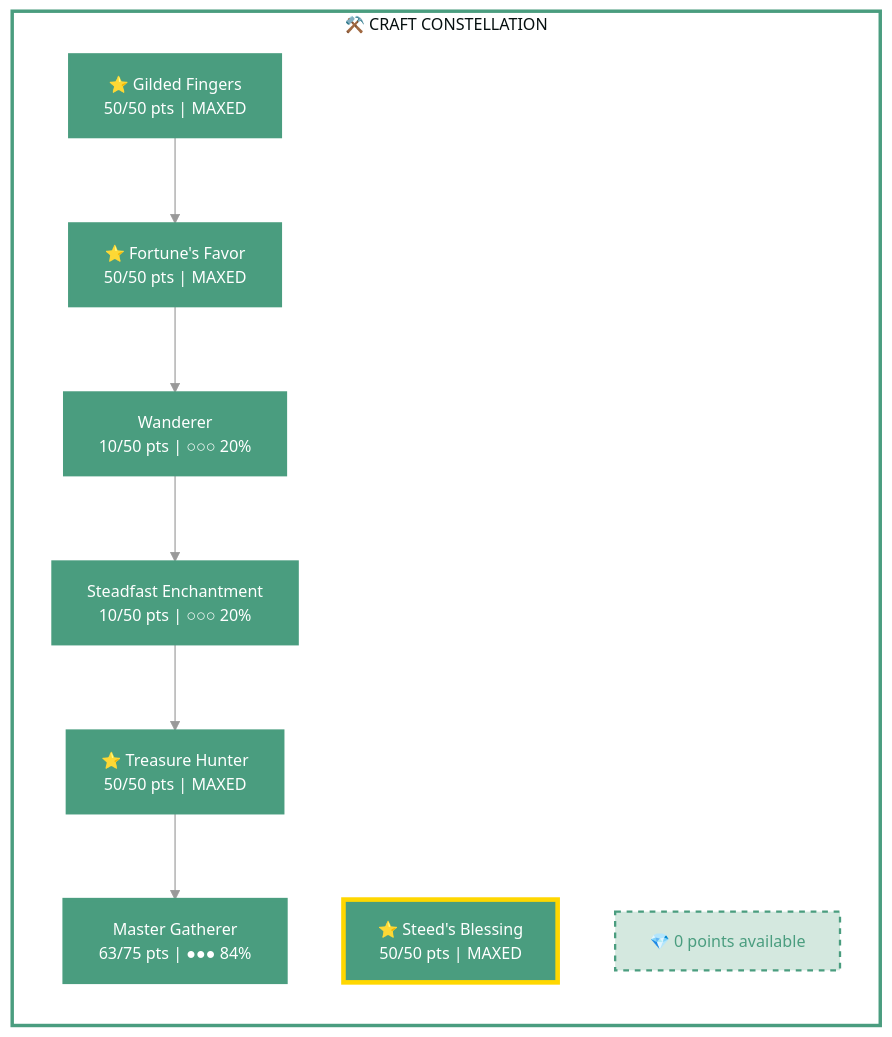
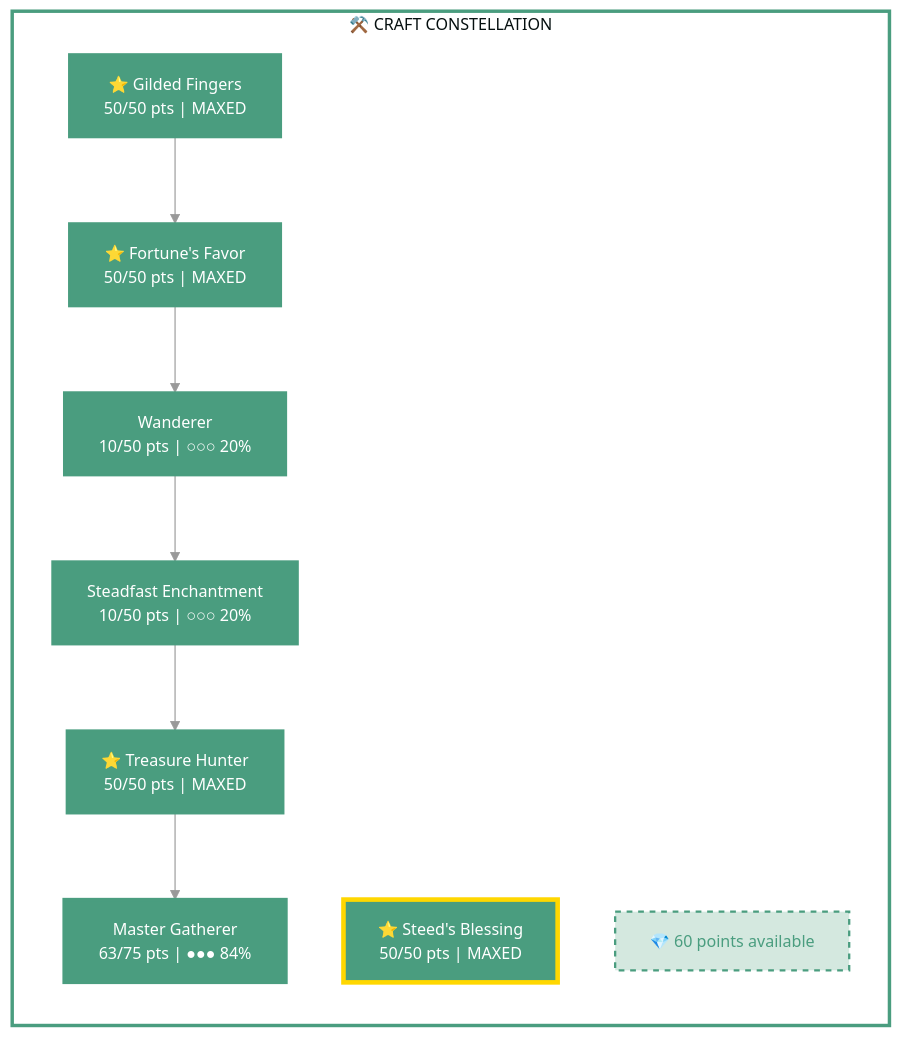
Before and after one commit to solaegis/CharacterMarkdown: the first of 2 diagrams in examples/solaegis/na/lei_tun.md, drawn with Mermaid. The commit also changed other lines of this file and 20 other files, not shown here.

````diff
--- a/examples/solaegis/na/lei_tun.md
+++ b/examples/solaegis/na/lei_tun.md
@@ -298,45 +310,45 @@
 ```mermaid
 %%{init: {"theme":"base", "themeVariables": { "background":"transparent","fontSize":"14px","primaryColor":"#e8f4f0","primaryTextColor":"#000","primaryBorderColor":"#4a9d7f","lineColor":"#999","secondaryColor":"#f0f4f8","tertiaryColor":"#faf0f0"}, "flowchart": {"curve":"basis"}}}%%
 
 flowchart LR
   %% Champion Point Investment Visualization
   %% Enhanced readability with clear visual hierarchy
 
   %% ========================================
   %% ⚒️ CRAFT CONSTELLATION (283/564 pts)
   %% ========================================
 
   subgraph subCRAFT["⚒️ CRAFT CONSTELLATION"]
 
     C_MasterGatherer["Master Gatherer<br/>63/75 pts | ●●● 84%"]
     style C_MasterGatherer fill:#4a9d7f,stroke:#4a9d7f,stroke-width:3px,color:#fff
     C_SteedsBlessing["⭐ Steed's Blessing<br/>50/50 pts | MAXED"]
     style C_SteedsBlessing fill:#4a9d7f,stroke:#ffd700,stroke-width:4px,color:#fff
     C_TreasureHunter["⭐ Treasure Hunter<br/>50/50 pts | MAXED"]
     style C_TreasureHunter fill:#4a9d7f,stroke:#4a9d7f,stroke-width:2px,color:#fff
     C_FortunesFavor["⭐ Fortune's Favor<br/>50/50 pts | MAXED"]
     style C_FortunesFavor fill:#4a9d7f,stroke:#4a9d7f,stroke-width:2px,color:#fff
     C_GildedFingers["⭐ Gilded Fingers<br/>50/50 pts | MAXED"]
     style C_GildedFingers fill:#4a9d7f,stroke:#4a9d7f,stroke-width:2px,color:#fff
     C_SteadfastEnchantment["Steadfast Enchantment<br/>10/50 pts | ○○○ 20%"]
     style C_SteadfastEnchantment fill:#4a9d7f,stroke:#4a9d7f,stroke-width:2px,color:#fff
     C_Wanderer["Wanderer<br/>10/50 pts | ○○○ 20%"]
     style C_Wanderer fill:#4a9d7f,stroke:#4a9d7f,stroke-width:2px,color:#fff
 
     %% Connections
     C_TreasureHunter --> C_MasterGatherer
     C_SteadfastEnchantment --> C_TreasureHunter
     C_GildedFingers --> C_FortunesFavor
     C_Wanderer --> C_SteadfastEnchantment
     C_FortunesFavor --> C_Wanderer
 
-    CRAFT_AVAIL["💎 0 points available"]
+    CRAFT_AVAIL["💎 60 points available"]
     style CRAFT_AVAIL fill:#d4e8df,stroke:#4a9d7f,stroke-width:2px,stroke-dasharray:5 5,color:#4a9d7f
 
   end
   style subCRAFT fill:transparent,stroke:#4a9d7f,stroke-width:3px
 
   %% ========================================
   %% END OF MAIN DIAGRAM
   %% ========================================
 ```
````
